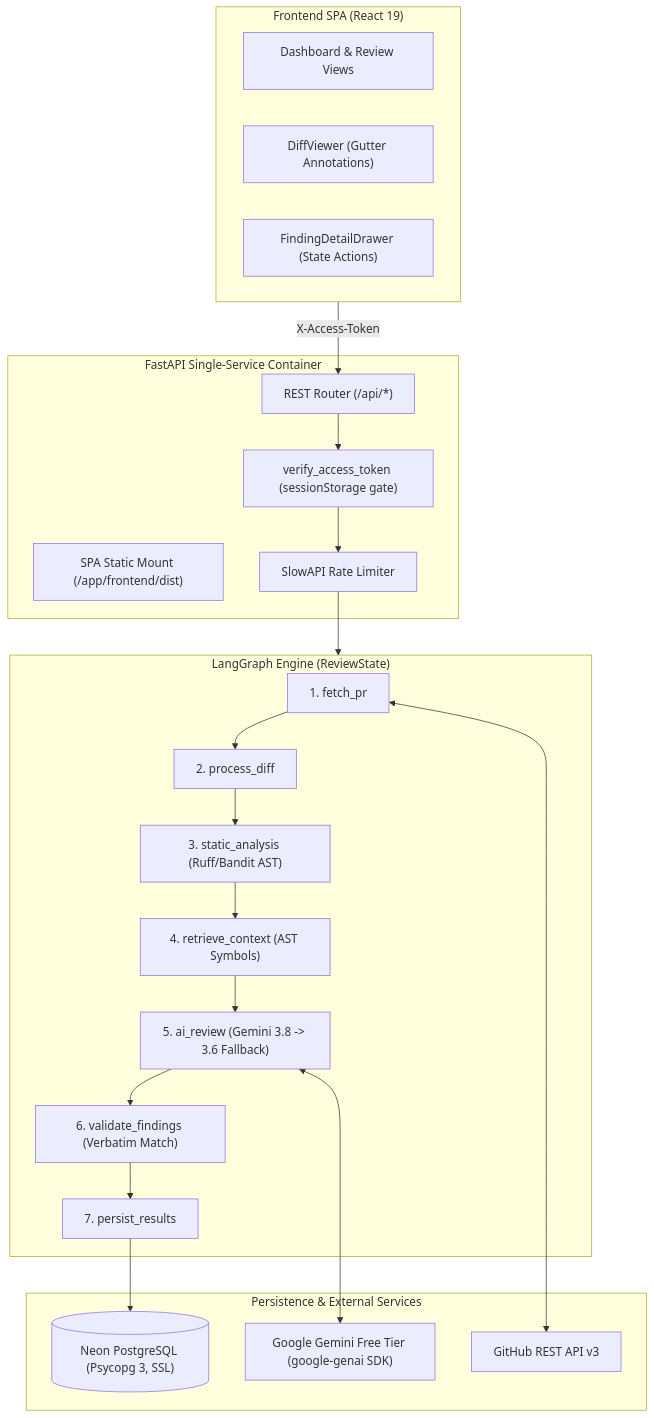
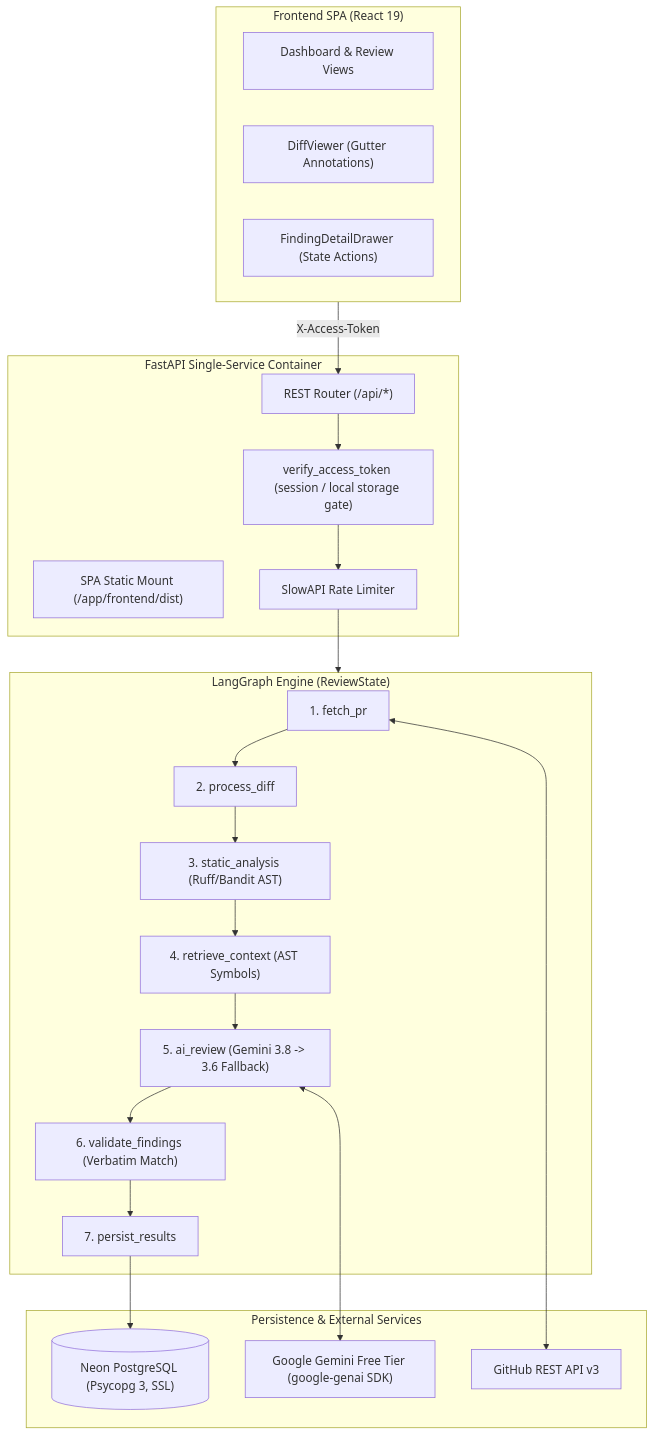
Before and after one commit to shashi123exe/pr-sentinel: the diagram in docs/DEMO_GUIDE.md, drawn with Mermaid. The commit also changed other lines of this file and 3 other files, not shown here.

````diff
--- a/docs/DEMO_GUIDE.md
+++ b/docs/DEMO_GUIDE.md
@@ -74,36 +86,36 @@
 ```mermaid
 flowchart TD
     subgraph Client["Frontend SPA (React 19)"]
         UI["Dashboard & Review Views"]
         DiffUI["DiffViewer (Gutter Annotations)"]
         TriageUI["FindingDetailDrawer (State Actions)"]
     end
 
     subgraph Backend["FastAPI Single-Service Container"]
         Router["REST Router (/api/*)"]
         SPA["SPA Static Mount (/app/frontend/dist)"]
-        Auth["verify_access_token (sessionStorage gate)"]
+        Auth["verify_access_token (session / local storage gate)"]
         Limiter["SlowAPI Rate Limiter"]
     end
 
     subgraph StateMachine["LangGraph Engine (ReviewState)"]
         S1["1. fetch_pr"] --> S2["2. process_diff"]
         S2 --> S3["3. static_analysis (Ruff/Bandit AST)"]
         S3 --> S4["4. retrieve_context (AST Symbols)"]
         S4 --> S5["5. ai_review (Gemini 3.8 -> 3.6 Fallback)"]
         S5 --> S6["6. validate_findings (Verbatim Match)"]
         S6 --> S7["7. persist_results"]
     end
 
     subgraph Storage["Persistence & External Services"]
         Neon[("Neon PostgreSQL (Psycopg 3, SSL)")]
         GitHub["GitHub REST API v3"]
         Google["Google Gemini Free Tier (google-genai SDK)"]
     end
 
     Client -->|X-Access-Token| Router
     Router --> Auth --> Limiter --> StateMachine
     S1 <--> GitHub
     S5 <--> Google
     S7 --> Neon
 ```
````
